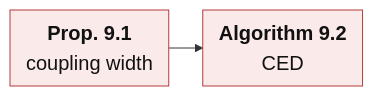
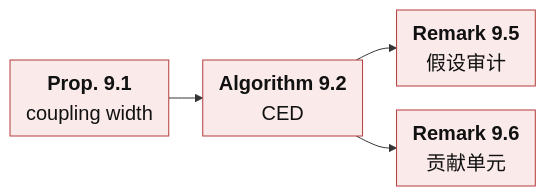
The ninth of 9 diagrams in theoretical_framework/README_ZH.md (XueqiC/ICML27_agent_distillation), drawn with Mermaid before and after one commit. The commit also changed other lines of this file and 222 other files, not shown here.

````diff
--- a/theoretical_framework/README_ZH.md
+++ b/theoretical_framework/README_ZH.md
@@ -667,8 +798,12 @@
 ```mermaid
 %%{init: {"themeVariables": {"fontSize": "20px"}, "flowchart": {"nodeSpacing": 24, "rankSpacing": 34, "padding": 8, "wrappingWidth": 260}}}%%
 flowchart LR
   P1["<b>Prop. 9.1</b><br/>coupling width"]:::b6
   A2["<b>Algorithm 9.2</b><br/>CED"]:::b6
+  R5["<b>Remark 9.5</b><br/>假设审计"]:::b6
+  R6["<b>Remark 9.6</b><br/>贡献单元"]:::b6
   P1 --> A2
+  A2 --> R5
+  A2 --> R6
   classDef b6 fill:#fbeaea,stroke:#b53b3b,color:#111
 ```
````
